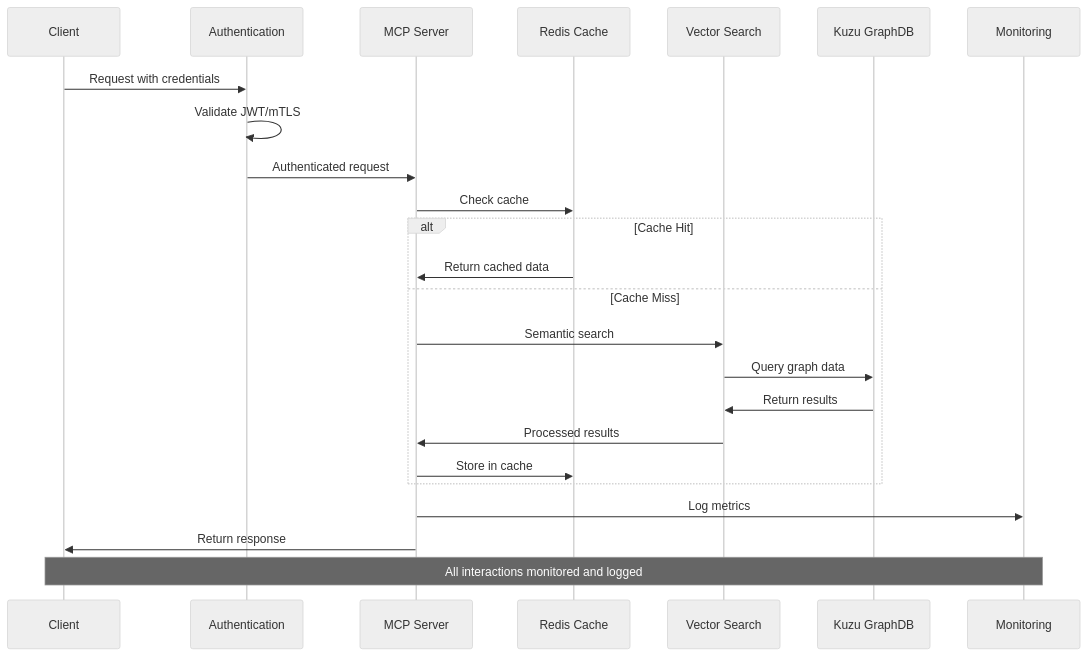
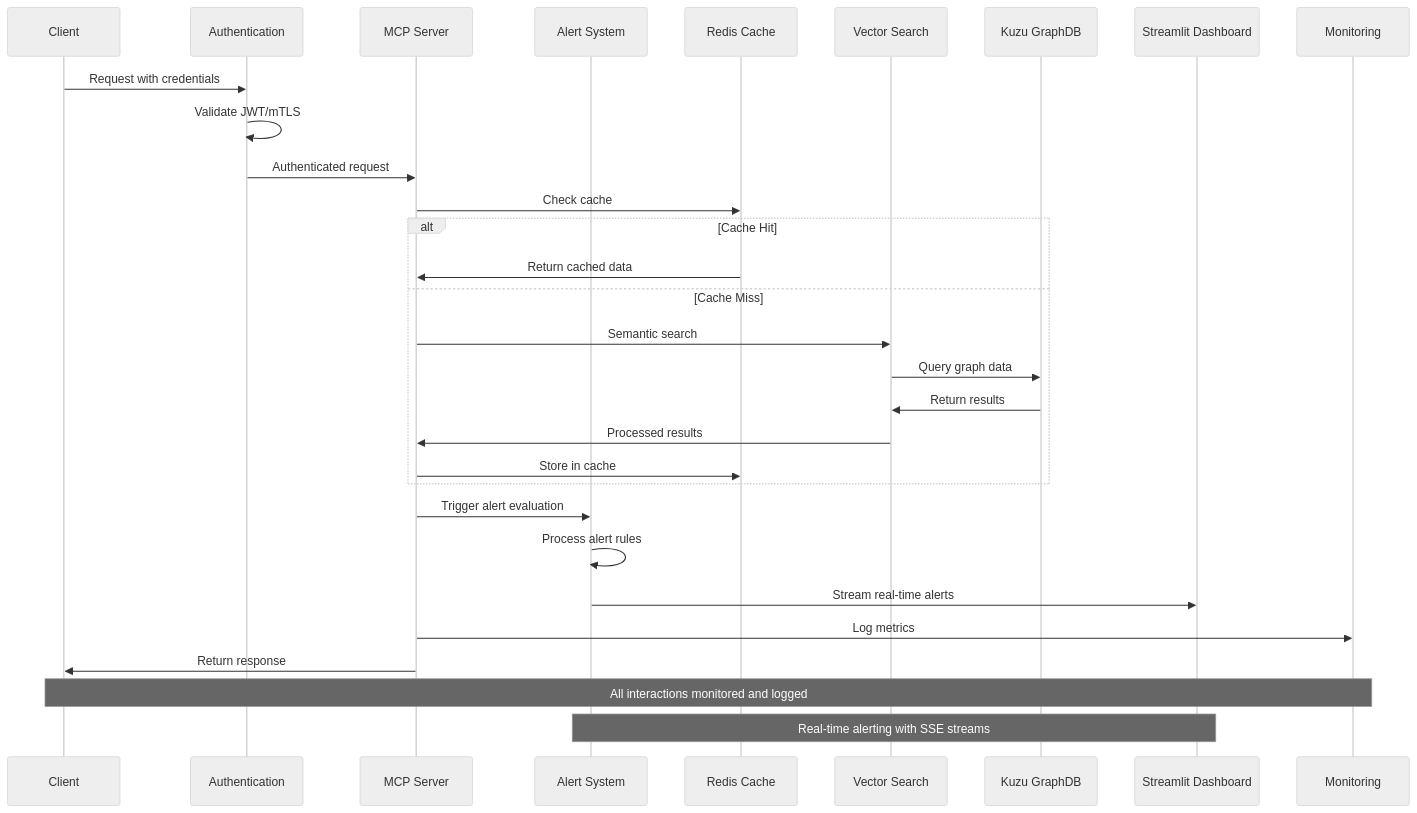
The third of 19 diagrams in README.md (elementalcollision/GraphMemory-IDE), drawn with Mermaid (neutral theme) before and after one commit. The commit also changed other lines of this file and 38 other files, not shown here.

Commit message:
🚀 Major Enhancement: Enterprise Documentation & Color Standardization - Mermaid color palette standardization across all docs, Summary folder organization, professional visual consistency, enterprise-ready documentation standards (38 files modified)

````diff
--- a/README.md
+++ b/README.md
@@ -167,30 +270,37 @@
 ```mermaid
 sequenceDiagram
     participant Client
     participant Auth as Authentication
     participant API as MCP Server
+    participant Alert as Alert System
     participant Cache as Redis Cache
     participant Search as Vector Search
     participant DB as Kuzu GraphDB
+    participant Dashboard as Streamlit Dashboard
     participant Monitor as Monitoring
     
     Client->>Auth: Request with credentials
     Auth->>Auth: Validate JWT/mTLS
     Auth->>API: Authenticated request
     
     API->>Cache: Check cache
     alt Cache Hit
         Cache->>API: Return cached data
     else Cache Miss
         API->>Search: Semantic search
         Search->>DB: Query graph data
         DB->>Search: Return results
         Search->>API: Processed results
         API->>Cache: Store in cache
     end
     
+    API->>Alert: Trigger alert evaluation
+    Alert->>Alert: Process alert rules
+    Alert->>Dashboard: Stream real-time alerts
+    
     API->>Monitor: Log metrics
     API->>Client: Return response
     
     Note over Client,Monitor: All interactions monitored and logged
+    Note over Alert,Dashboard: Real-time alerting with SSE streams
 ```
````
